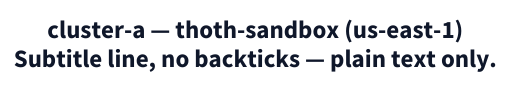
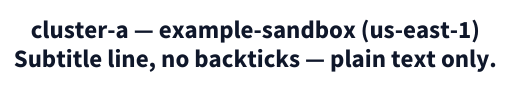
One commit to vadbosh/d2-diagram changed the first of 5 diagrams in skill/SKILL.md. Above: the diagram before and after it, drawn with D2. The commit also changed other lines of this file and 3 other files, not shown here.

````diff
--- a/skill/SKILL.md
+++ b/skill/SKILL.md
@@ -84,7 +84,7 @@
 ```d2
-title: "cluster-a — thoth-sandbox (us-east-1)\nSubtitle line, no backticks — plain text only." {
+title: "cluster-a — example-sandbox (us-east-1)\nSubtitle line, no backticks — plain text only." {
   shape: text
   near: top-center
   style: {font-size: 20; bold: true; font-color: "#0f172a"}
 }
 ```
````
